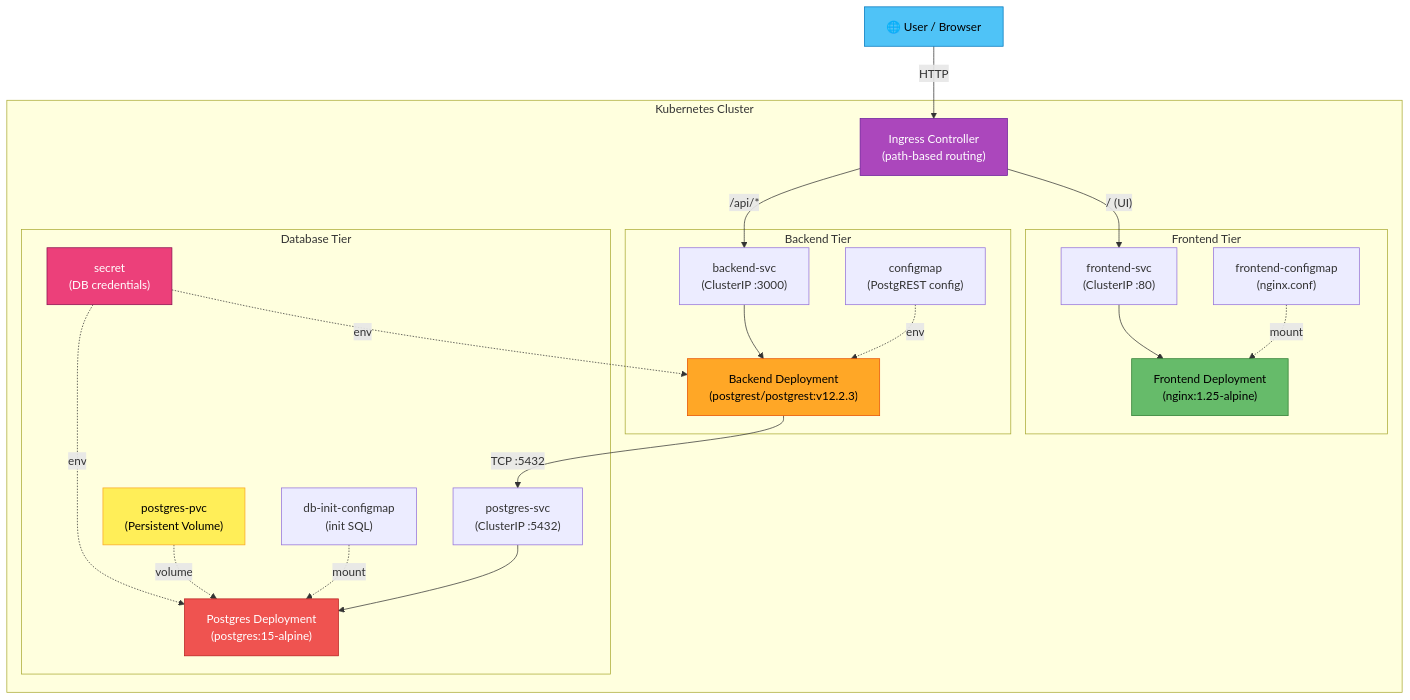
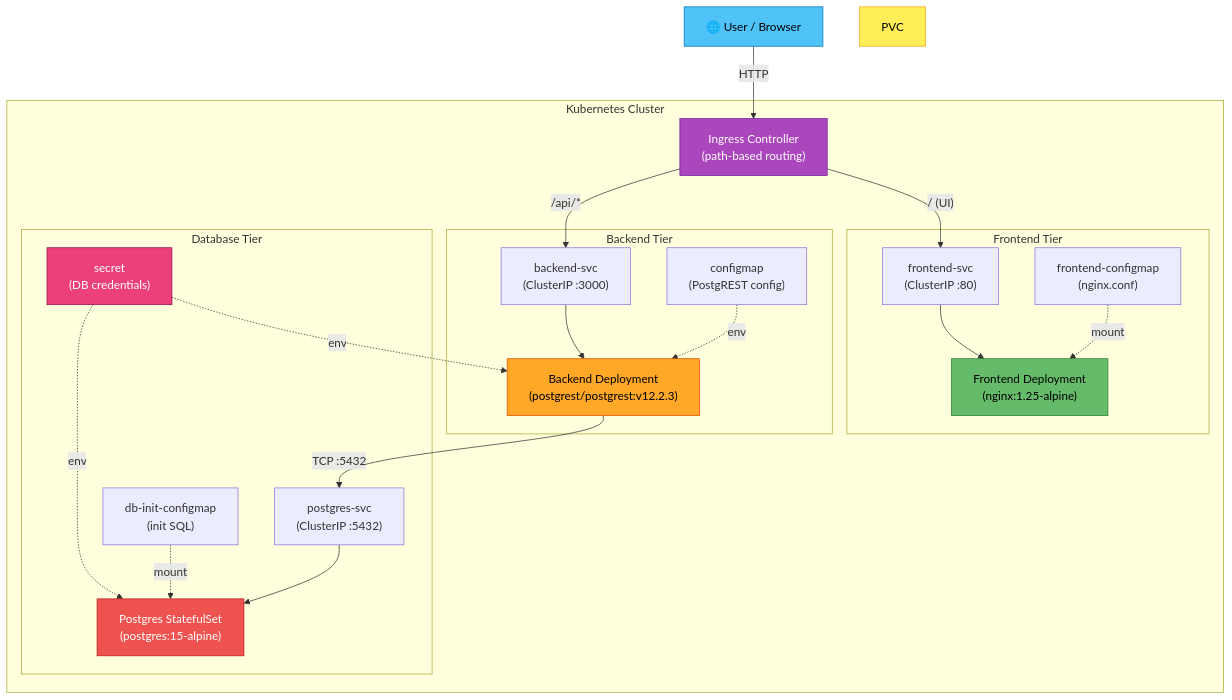
Before and after one commit to AdastraGupta/3-tier-k8s-project: the diagram in README.md, drawn with Mermaid. The commit also changed other lines of this file and 10 other files, not shown here.

Commit message:
feat: add RDS PostgreSQL Multi-AZ Terraform module, StatefulSet k8s config, and .gitignore

````diff
--- a/README.md
+++ b/README.md
@@ -12,50 +12,48 @@
 ```mermaid
 graph TB
     User["🌐 User / Browser"]
 
     subgraph Kubernetes Cluster
         Ingress["Ingress Controller\n(path-based routing)"]
 
         subgraph Frontend Tier
             FD["Frontend Deployment\n(nginx:1.25-alpine)"]
             FS["frontend-svc\n(ClusterIP :80)"]
             FCM["frontend-configmap\n(nginx.conf)"]
         end
 
         subgraph Backend Tier
             BD["Backend Deployment\n(postgrest/postgrest:v12.2.3)"]
             BS["backend-svc\n(ClusterIP :3000)"]
             CM["configmap\n(PostgREST config)"]
         end
 
         subgraph Database Tier
-            PD["Postgres Deployment\n(postgres:15-alpine)"]
+            PD["Postgres StatefulSet\n(postgres:15-alpine)"]
             PS["postgres-svc\n(ClusterIP :5432)"]
             SEC["secret\n(DB credentials)"]
-            PVC["postgres-pvc\n(Persistent Volume)"]
             DBCM["db-init-configmap\n(init SQL)"]
         end
     end
 
     User -->|HTTP| Ingress
     Ingress -->|"/ (UI)"| FS
     Ingress -->|"/api/*"| BS
     FS --> FD
     FCM -.->|mount| FD
     BS --> BD
     CM -.->|env| BD
     SEC -.->|env| BD
     BD -->|TCP :5432| PS
     PS --> PD
     SEC -.->|env| PD
     DBCM -.->|mount| PD
-    PVC -.->|volume| PD
 
     style User fill:#4FC3F7,stroke:#0277BD,color:#000
     style Ingress fill:#AB47BC,stroke:#6A1B9A,color:#fff
     style FD fill:#66BB6A,stroke:#2E7D32,color:#000
     style BD fill:#FFA726,stroke:#E65100,color:#000
     style PD fill:#EF5350,stroke:#B71C1C,color:#fff
     style PVC fill:#FFEE58,stroke:#F9A825,color:#000
     style SEC fill:#EC407A,stroke:#880E4F,color:#fff
 ```
````
